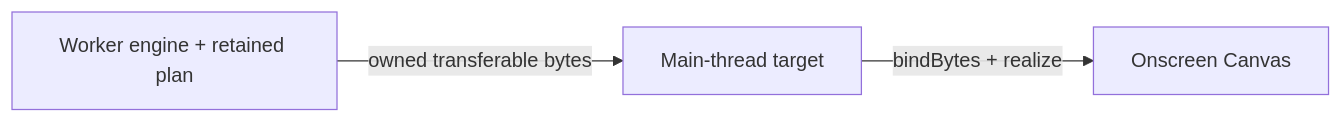
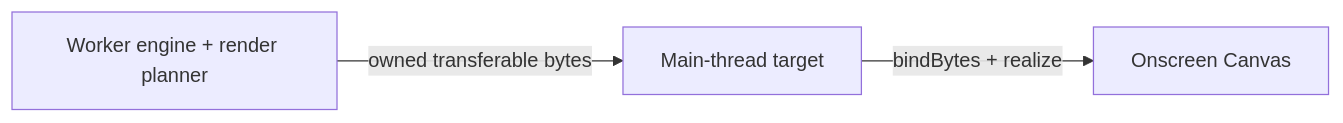
The ninth of 9 diagrams in docs/planning/font-runtime-ownership.md (pmndrs/glyph), drawn with Mermaid before and after one commit. The commit also changed other lines of this file and 14 other files, not shown here.

````diff
--- a/docs/planning/font-runtime-ownership.md
+++ b/docs/planning/font-runtime-ownership.md
@@ -1142,5 +1142,5 @@
 ```mermaid
 flowchart LR
-  WR[Worker engine + retained plan] -->|owned transferable bytes| MT[Main-thread target]
+  WR[Worker engine + render planner] -->|owned transferable bytes| MT[Main-thread target]
   MT -->|bindBytes + realize| C[Onscreen Canvas]
 ```
````
